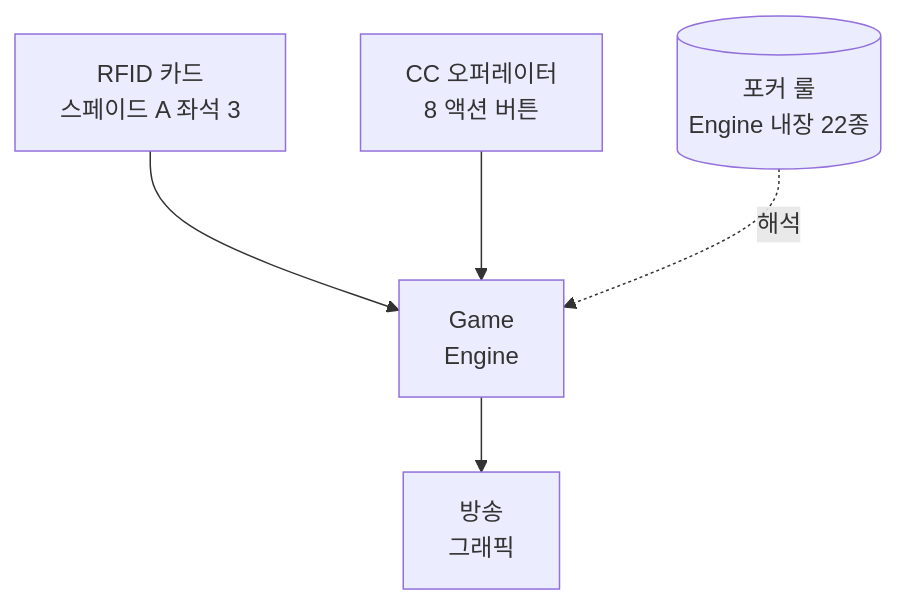
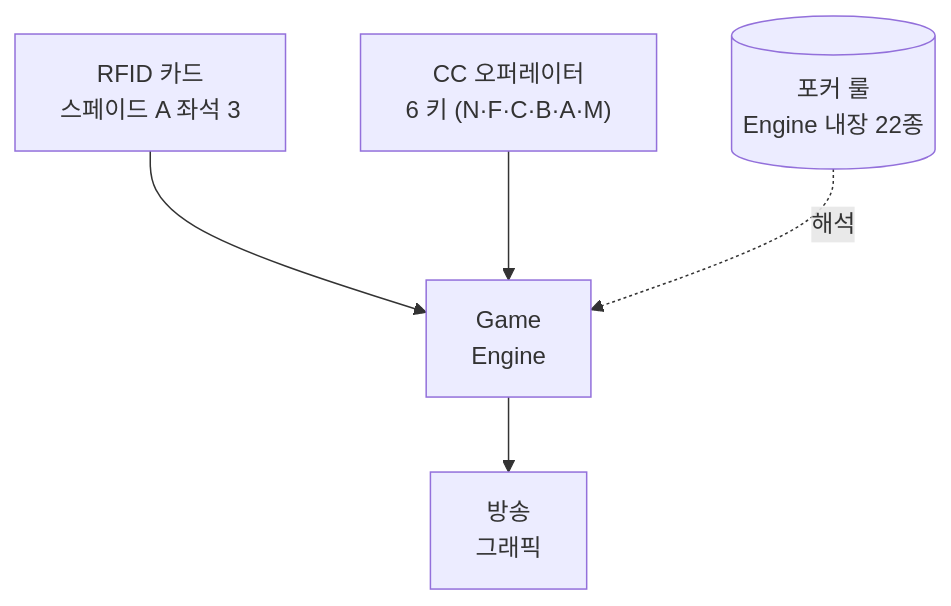
The second of 17 diagrams in docs/1. Product/Foundation.md (garimto81/ebs_github), drawn with Mermaid before and after one commit. The commit also changed other lines of this file and 9 other files, not shown here.

````diff
--- a/docs/1. Product/Foundation.md
+++ b/docs/1. Product/Foundation.md
@@ -134,7 +134,7 @@
 ```mermaid
 flowchart TD
     R[RFID 카드<br/>스페이드 A 좌석 3] --> Eng[Game<br/>Engine]
-    C[CC 오퍼레이터<br/>8 액션 버튼] --> Eng
+    C["CC 오퍼레이터<br/>6 키 (N·F·C·B·A·M)"] --> Eng
     Rule[(포커 룰<br/>Engine 내장 22종)] -.해석.-> Eng
     Eng --> Out[방송<br/>그래픽]
 ```
````
